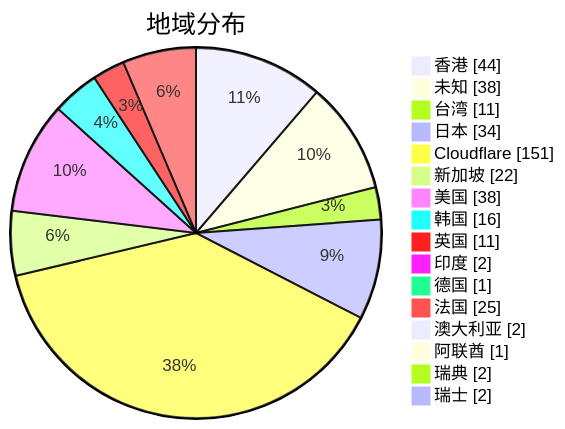
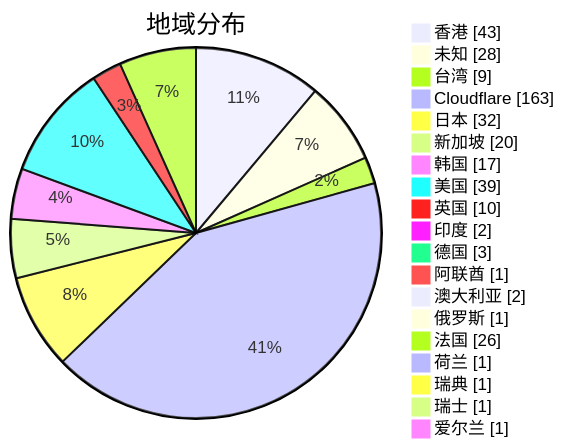
The second of 3 diagrams in subs/statistics/tested_within.md (qjlxg/airport), drawn with Mermaid before and after one commit. The commit also changed other lines of this file and 2 other files, not shown here.

Commit message:
Tested by metaST

````diff
--- a/subs/statistics/tested_within.md
+++ b/subs/statistics/tested_within.md
@@ -13,20 +12,23 @@
 ```mermaid
 pie showData
 title 地域分布
-"香港" : 44
-"未知" : 38
-"台湾" : 11
-"日本" : 34
-"Cloudflare" : 151
-"新加坡" : 22
-"美国" : 38
-"韩国" : 16
-"英国" : 11
+"香港" : 43
+"未知" : 28
+"台湾" : 9
+"Cloudflare" : 163
+"日本" : 32
+"新加坡" : 20
+"韩国" : 17
+"美国" : 39
+"英国" : 10
 "印度" : 2
-"德国" : 1
-"法国" : 25
+"德国" : 3
+"阿联酋" : 1
 "澳大利亚" : 2
-"阿联酋" : 1
-"瑞典" : 2
-"瑞士" : 2
+"俄罗斯" : 1
+"法国" : 26
+"荷兰" : 1
+"瑞典" : 1
+"瑞士" : 1
+"爱尔兰" : 1
 ```
````
